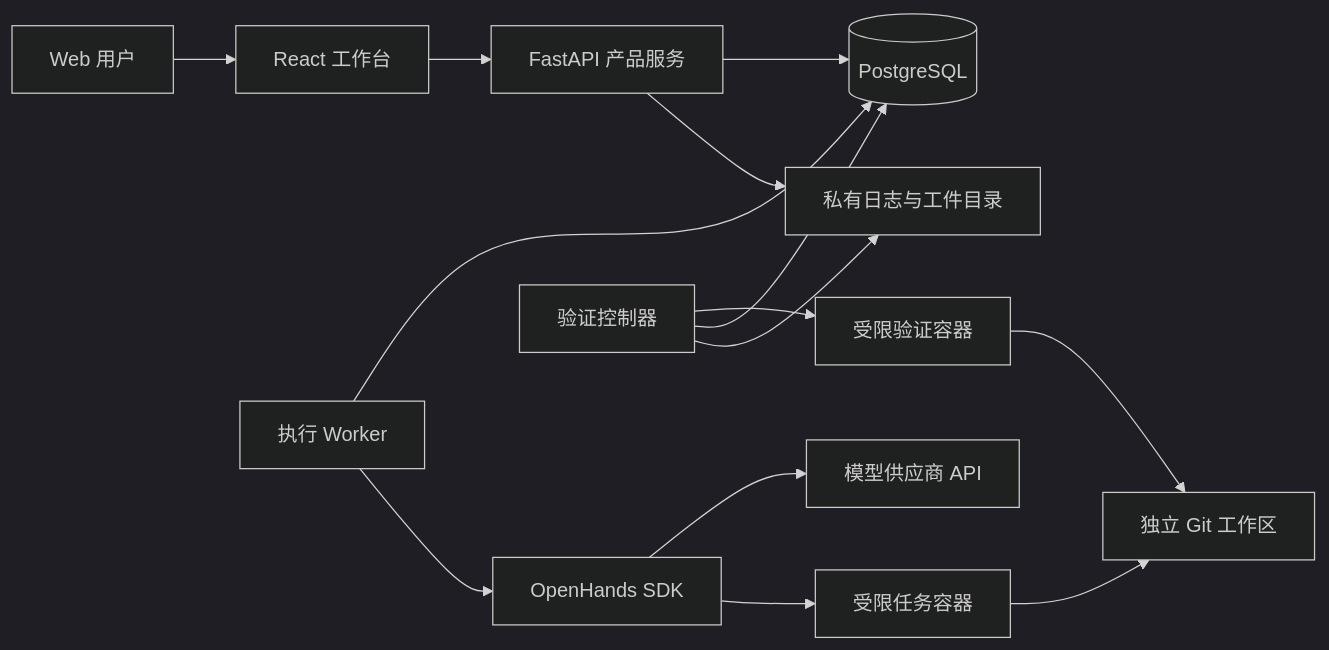
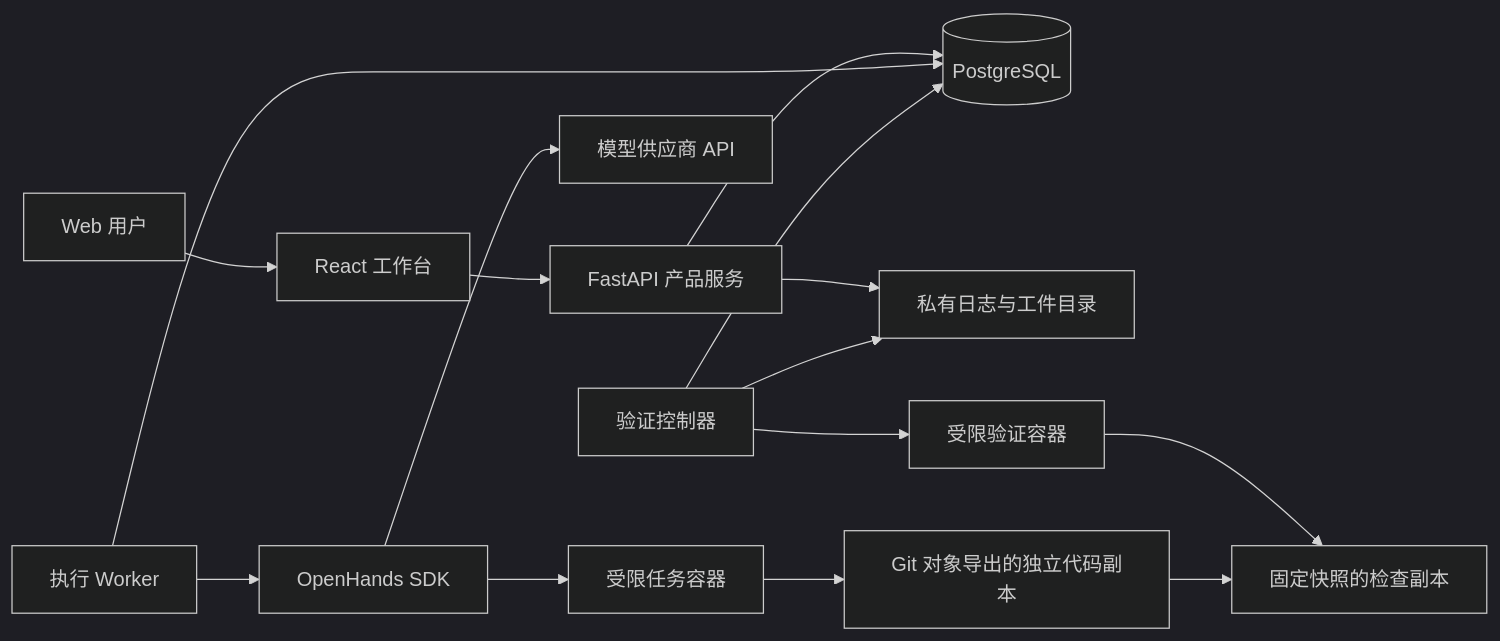
Before and after one commit to BensonYu/DooNex: the diagram in docs/ARCHITECTURE.md, drawn with Mermaid (dark theme). The commit also changed other lines of this file and 5 other files, not shown here.

````diff
--- a/docs/ARCHITECTURE.md
+++ b/docs/ARCHITECTURE.md
@@ -21,16 +23,17 @@
 ```mermaid
 flowchart LR
     U[Web 用户] --> W[React 工作台]
     W --> A[FastAPI 产品服务]
     A --> D[(PostgreSQL)]
     A --> F[私有日志与工件目录]
     R[执行 Worker] --> D
     R --> S[OpenHands SDK]
     S --> M[模型供应商 API]
     S --> C[受限任务容器]
-    C --> G[独立 Git 工作区]
+    C --> G[Git 对象导出的独立代码副本]
     V[验证控制器] --> T[受限验证容器]
-    T --> G
+    T --> X[固定快照的检查副本]
+    G --> X
     V --> D
     V --> F
 ```
````
